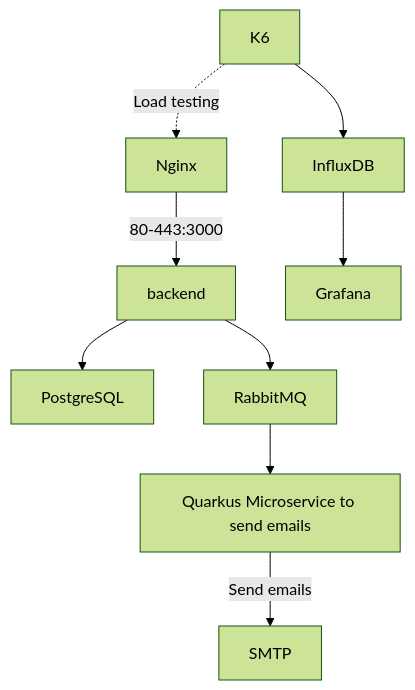
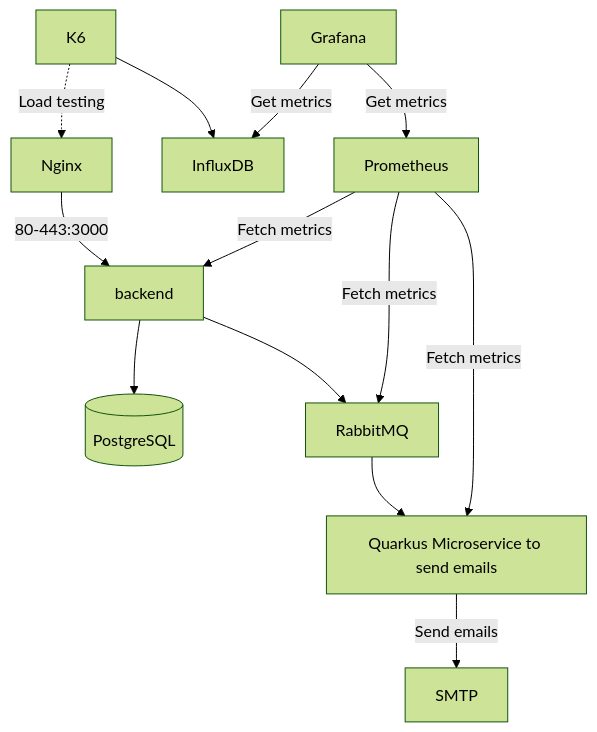
The diagram in README.md (Pixselve/projet-al), drawn with Mermaid (forest theme) before and after one commit.

Commit message:
Update diagram.

````diff
--- a/README.md
+++ b/README.md
@@ -4,12 +4,17 @@
 ```mermaid
 flowchart
-backend --> db[PostgreSQL]
+backend --> db[(PostgreSQL)]
 backend --> RabbitMQ
 RabbitMQ --> microservice[Quarkus Microservice to send emails]
 Nginx -- 80-443:3000 --> backend
 microservice -- Send emails --> SMTP
 
 K6 -. Load testing .-> Nginx
 
-K6 --> InfluxDB --> Grafana
+K6 --> InfluxDB
+Grafana -- Get metrics --> InfluxDB
+Grafana -- Get metrics --> Prometheus
+Prometheus -- Fetch metrics --> RabbitMQ
+Prometheus -- Fetch metrics --> backend
+Prometheus -- Fetch metrics --> microservice
 ```
````
